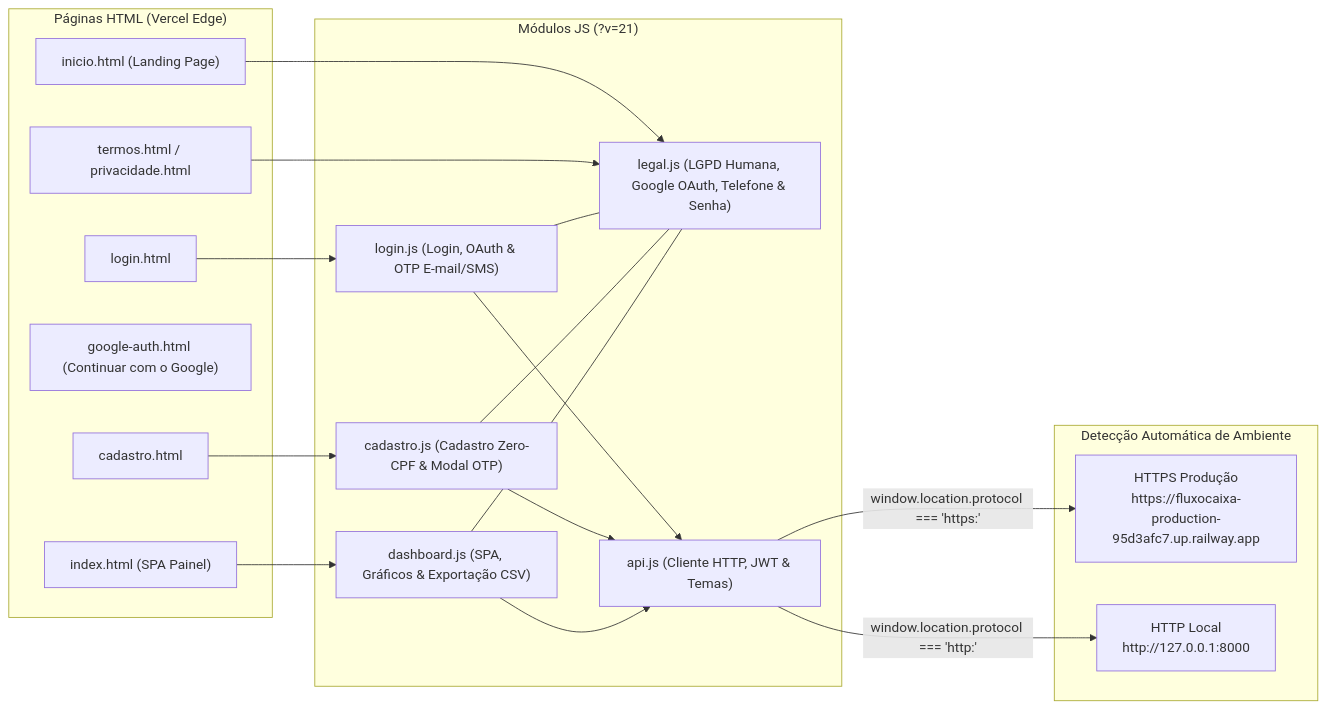
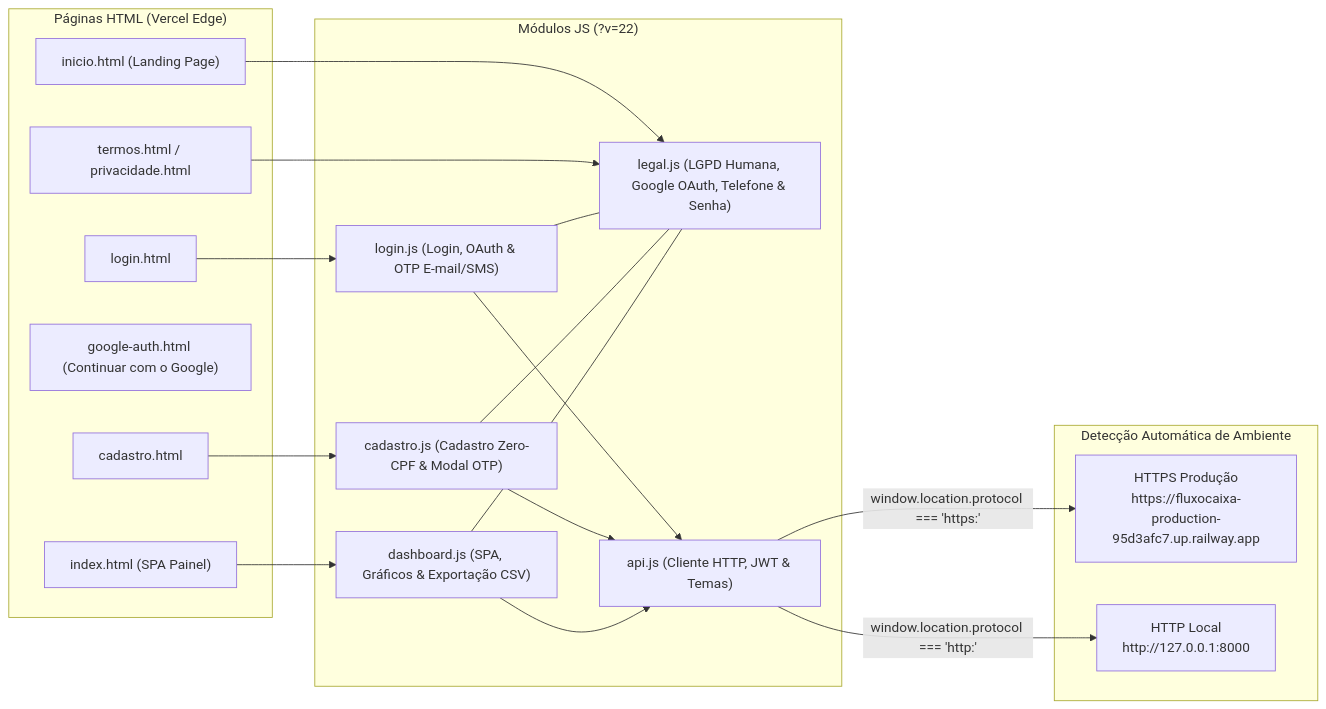
The diagram in frontend/README.md (arthurcamrocha20052008/fluxo_caixa), drawn with Mermaid before and after one commit. The commit also changed other lines of this file and 14 other files, not shown here.

````diff
--- a/frontend/README.md
+++ b/frontend/README.md
@@ -11,36 +11,36 @@
 ```mermaid
 flowchart LR
     subgraph Pages ["Páginas HTML (Vercel Edge)"]
         I["inicio.html (Landing Page)"]
         L["login.html"]
         C["cadastro.html"]
         G["google-auth.html (Continuar com o Google)"]
         D["index.html (SPA Painel)"]
         T["termos.html / privacidade.html"]
     end
 
-    subgraph Controllers ["Módulos JS (?v=21)"]
+    subgraph Controllers ["Módulos JS (?v=22)"]
         LG["legal.js (LGPD Humana, Google OAuth, Telefone & Senha)"]
         LJ["login.js (Login, OAuth & OTP E-mail/SMS)"]
         CJ["cadastro.js (Cadastro Zero-CPF & Modal OTP)"]
         DJ["dashboard.js (SPA, Gráficos & Exportação CSV)"]
         API["api.js (Cliente HTTP, JWT & Temas)"]
     end
 
     subgraph Targets ["Detecção Automática de Ambiente"]
         PROD["HTTPS Produção<br/>https://fluxocaixa-production-95d3afc7.up.railway.app"]
         DEV["HTTP Local<br/>http://127.0.0.1:8000"]
     end
 
     I --> LG
     T --> LG
     L --> LJ --> API
     C --> CJ --> API
     D --> DJ --> API
     LJ --- LG
     CJ --- LG
     DJ --- LG
 
     API -->|"window.location.protocol === 'https:'"| PROD
     API -->|"window.location.protocol === 'http:'"| DEV
 ```
````
